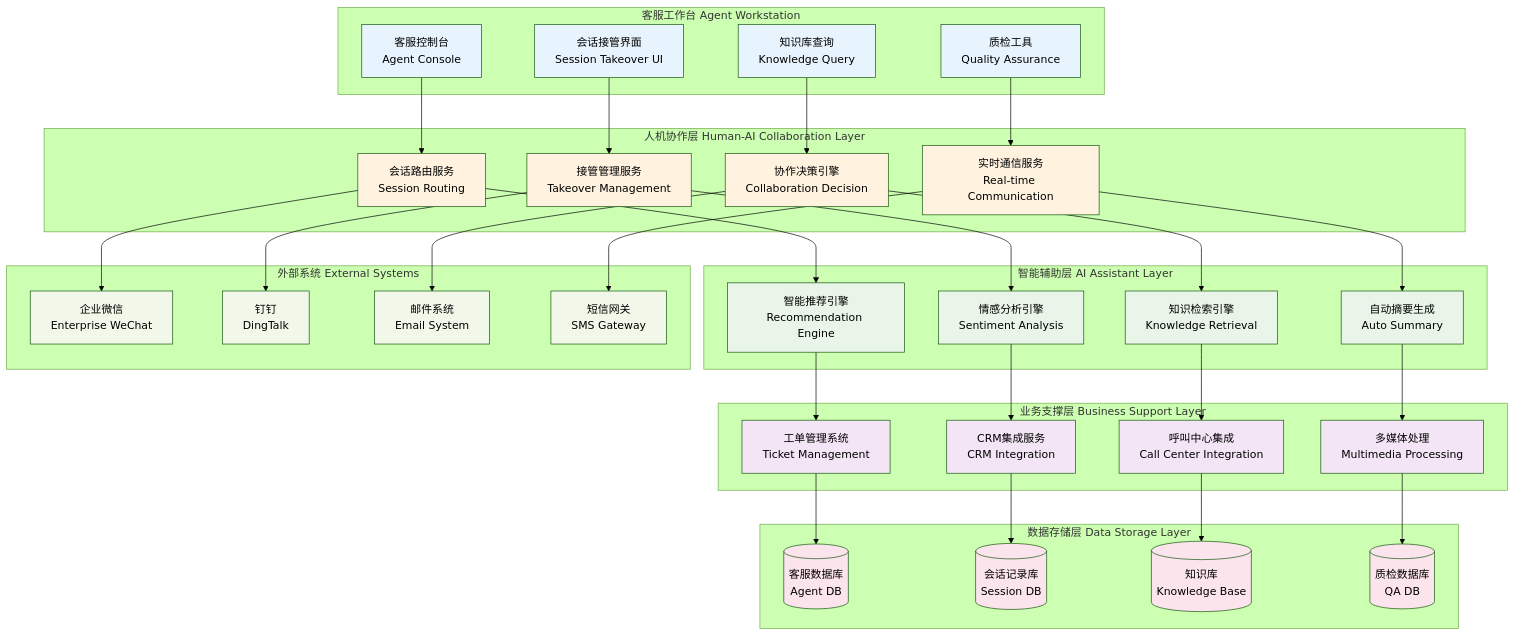
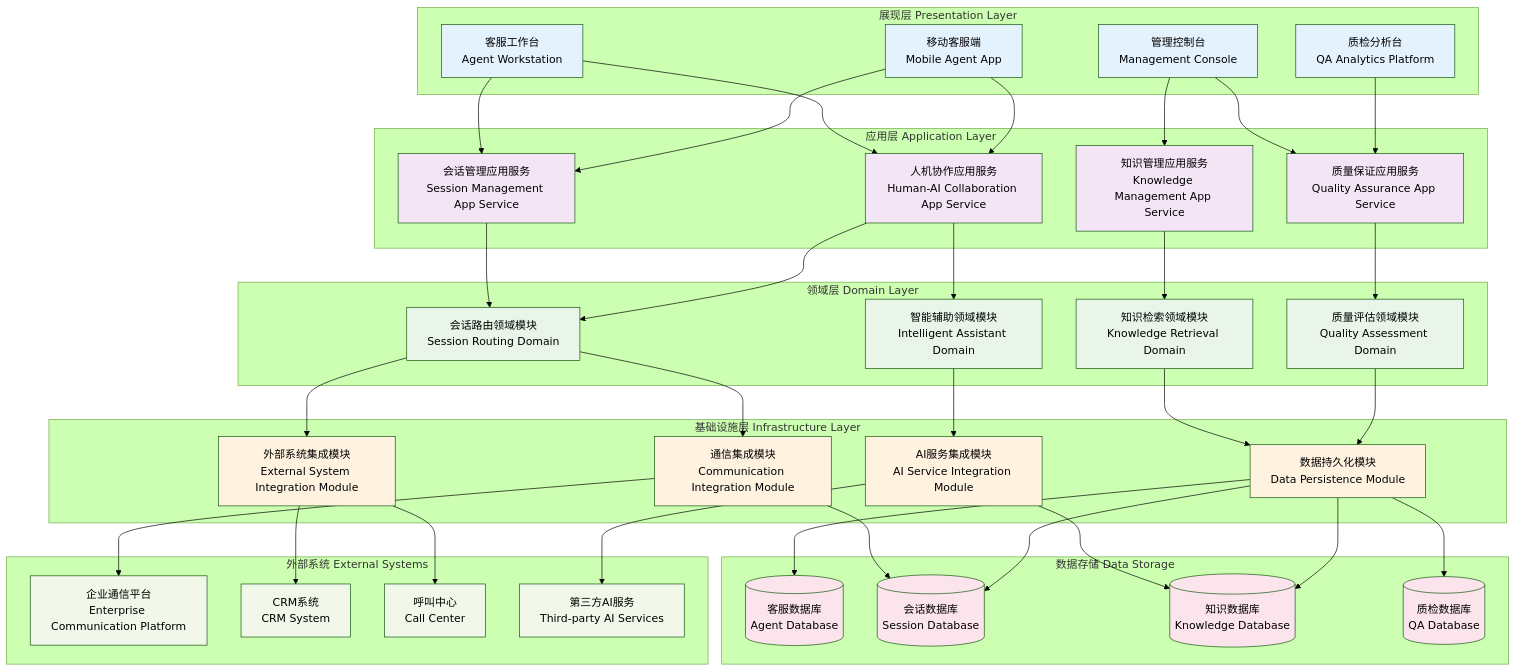
Before and after one commit to xsl625/-: the diagram in 24.2.3_human_driven_service_architecture.md, drawn with Mermaid (forest theme). The commit also changed other lines of this file and 3 other files, not shown here.

````diff
--- a/24.2.3_human_driven_service_architecture.md
+++ b/24.2.3_human_driven_service_architecture.md
@@ -8,94 +8,107 @@
 ```mermaid
 graph TB
-    subgraph "客服工作台 Agent Workstation"
-        A[客服控制台<br/>Agent Console]
-        B[会话接管界面<br/>Session Takeover UI]
-        C[知识库查询<br/>Knowledge Query]
-        D[质检工具<br/>Quality Assurance]
+    subgraph "展现层 Presentation Layer"
+        A[客服工作台<br/>Agent Workstation]
+        B[管理控制台<br/>Management Console]
+        C[移动客服端<br/>Mobile Agent App]
+        D[质检分析台<br/>QA Analytics Platform]
     end
     
-    subgraph "人机协作层 Human-AI Collaboration Layer"
-        E[会话路由服务<br/>Session Routing]
-        F[接管管理服务<br/>Takeover Management]
-        G[协作决策引擎<br/>Collaboration Decision]
-        H[实时通信服务<br/>Real-time Communication]
+    subgraph "应用层 Application Layer"
+        E[会话管理应用服务<br/>Session Management App Service]
+        F[人机协作应用服务<br/>Human-AI Collaboration App Service]
+        G[知识管理应用服务<br/>Knowledge Management App Service]
+        H[质量保证应用服务<br/>Quality Assurance App Service]
     end
     
-    subgraph "智能辅助层 AI Assistant Layer"
-        I[智能推荐引擎<br/>Recommendation Engine]
-        J[情感分析引擎<br/>Sentiment Analysis]
-        K[知识检索引擎<br/>Knowledge Retrieval]
-        L[自动摘要生成<br/>Auto Summary]
+    subgraph "领域层 Domain Layer"
+        I[会话路由领域模块<br/>Session Routing Domain]
+        J[智能辅助领域模块<br/>Intelligent Assistant Domain]
+        K[知识检索领域模块<br/>Knowledge Retrieval Domain]
+        L[质量评估领域模块<br/>Quality Assessment Domain]
     end
     
-    subgraph "业务支撑层 Business Support Layer"
-        M[工单管理系统<br/>Ticket Management]
-        N[CRM集成服务<br/>CRM Integration]
-        O[呼叫中心集成<br/>Call Center Integration]
-        P[多媒体处理<br/>Multimedia Processing]
+    subgraph "基础设施层 Infrastructure Layer"
+        M[通信集成模块<br/>Communication Integration Module]
+        N[AI服务集成模块<br/>AI Service Integration Module]
+        O[数据持久化模块<br/>Data Persistence Module]
+        P[外部系统集成模块<br/>External System Integration Module]
     end
     
-    subgraph "数据存储层 Data Storage Layer"
-        Q[(客服数据库<br/>Agent DB)]
-        R[(会话记录库<br/>Session DB)]
-        S[(知识库<br/>Knowledge Base)]
-        T[(质检数据库<br/>QA DB)]
+    subgraph "数据存储 Data Storage"
+        Q[(客服数据库<br/>Agent Database)]
+        R[(会话数据库<br/>Session Database)]
+        S[(知识数据库<br/>Knowledge Database)]
+        T[(质检数据库<br/>QA Database)]
     end
     
     subgraph "外部系统 External Systems"
-        U[企业微信<br/>Enterprise WeChat]
-        V[钉钉<br/>DingTalk]
-        W[邮件系统<br/>Email System]
-        X[短信网关<br/>SMS Gateway]
+        U[企业通信平台<br/>Enterprise Communication Platform]
+        V[CRM系统<br/>CRM System]
+        W[呼叫中心<br/>Call Center]
+        X[第三方AI服务<br/>Third-party AI Services]
     end
     
+    %% 展现层到应用层
     A --> E
-    B --> F
-    C --> G
+    A --> F
+    B --> G
+    B --> H
+    C --> E
+    C --> F
     D --> H
     
+    %% 应用层到领域层
     E --> I
+    F --> I
     F --> J
     G --> K
     H --> L
     
+    %% 领域层到基础设施层
     I --> M
     J --> N
     K --> O
-    L --> P
+    L --> O
+    I --> P
     
-    M --> Q
-    N --> R
+    %% 基础设施层到数据存储
+    M --> R
+    N --> S
+    O --> Q
+    O --> R
     O --> S
-    P --> T
+    O --> T
     
-    E --> U
-    F --> V
-    G --> W
-    H --> X
+    %% 基础设施层到外部系统
+    M --> U
+    N --> X
+    P --> V
+    P --> W
     
-    style A fill:#e8f4fd
-    style B fill:#e8f4fd
-    style C fill:#e8f4fd
-    style D fill:#e8f4fd
-    style E fill:#fff3e0
-    style F fill:#fff3e0
-    style G fill:#fff3e0
-    style H fill:#fff3e0
-    style I fill:#e8f5e8
-    style J fill:#e8f5e8
-    style K fill:#e8f5e8
-    style L fill:#e8f5e8
-    style M fill:#f3e5f5
-    style N fill:#f3e5f5
-    style O fill:#f3e5f5
-    style P fill:#f3e5f5
-    style Q fill:#fce4ec
-    style R fill:#fce4ec
-    style S fill:#fce4ec
-    style T fill:#fce4ec
-    style U fill:#f1f8e9
-    style V fill:#f1f8e9
-    style W fill:#f1f8e9
-    style X fill:#f1f8e9
+    %% 样式定义
+    style A fill:#E3F2FD
+    style B fill:#E3F2FD
+    style C fill:#E3F2FD
+    style D fill:#E3F2FD
+    style E fill:#F3E5F5
+    style F fill:#F3E5F5
+    style G fill:#F3E5F5
+    style H fill:#F3E5F5
+    style I fill:#E8F5E8
+    style J fill:#E8F5E8
+    style K fill:#E8F5E8
+    style L fill:#E8F5E8
+    style M fill:#FFF3E0
+    style N fill:#FFF3E0
+    style O fill:#FFF3E0
+    style P fill:#FFF3E0
+    style Q fill:#FCE4EC
+    style R fill:#FCE4EC
+    style S fill:#FCE4EC
+    style T fill:#FCE4EC
+    style U fill:#F1F8E9
+    style V fill:#F1F8E9
+    style W fill:#F1F8E9
+    style X fill:#F1F8E9
 ```
````
